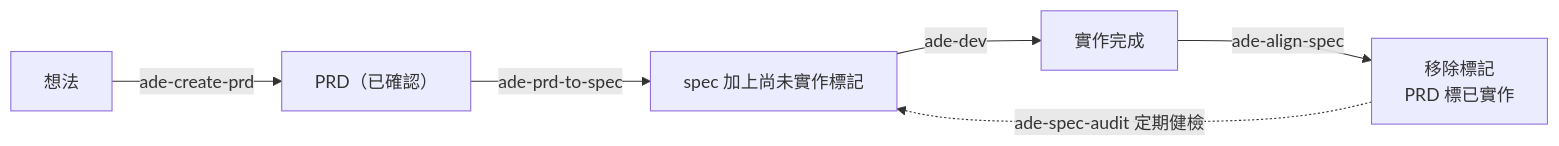
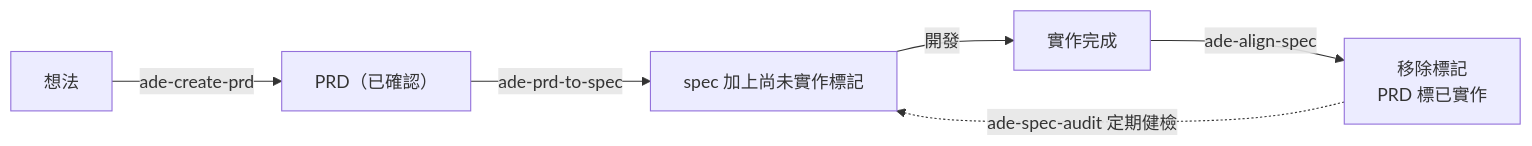
One commit to franKobayasi/agentic-dev-env changed the diagram in README.md. Above: the diagram before and after it, drawn with Mermaid. The commit also changed other lines of this file and 29 other files, not shown here.

First line of the commit message:
feat(seed): remove ade-dev, ade-dev-auto and docs/research

````diff
--- a/README.md
+++ b/README.md
@@ -112,8 +112,8 @@
 ```mermaid
 flowchart LR
     A["想法"] -->|"ade-create-prd"| B["PRD（已確認）"]
     B -->|"ade-prd-to-spec"| C["spec 加上尚未實作標記"]
-    C -->|"ade-dev"| D["實作完成"]
+    C -->|"開發"| D["實作完成"]
     D -->|"ade-align-spec"| E["移除標記<br/>PRD 標已實作"]
     E -.->|"ade-spec-audit 定期健檢"| C
 ```
````
